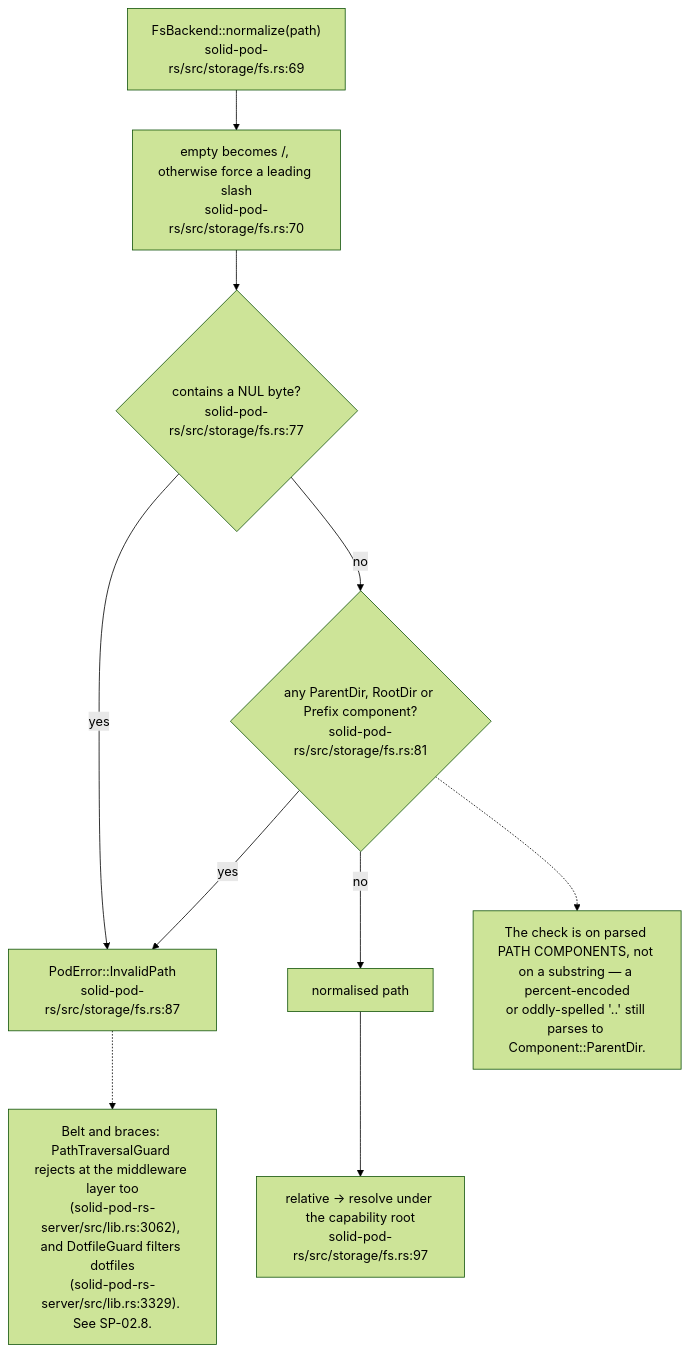
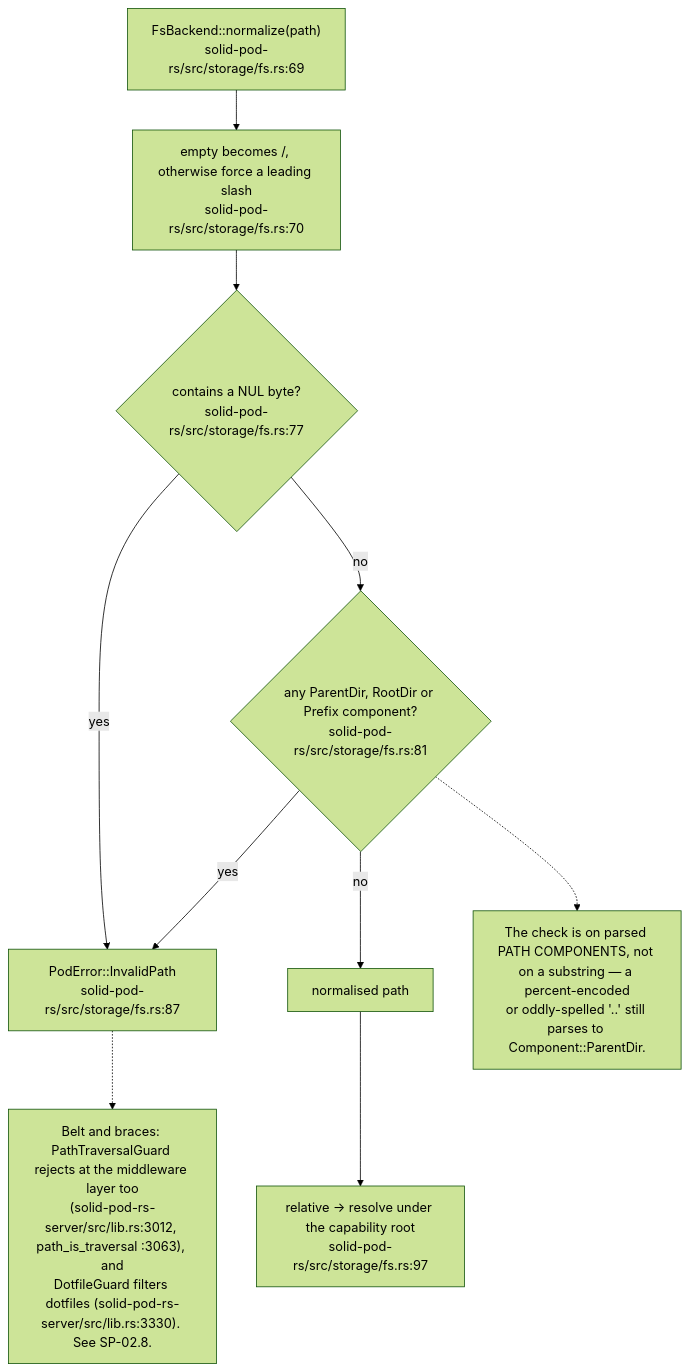
One commit to DreamLab-AI/VisionFlow changed the second of 11 diagrams in docs/diagrams/solid-pod-rs/06-storage-quota-and-git-pods.md. Above: the diagram before and after it, drawn with Mermaid (forest theme). The commit also changed other lines of this file and 111 other files, not shown here.

Commit message:
docs(diagrams): align estate maps with current source

````diff
--- a/docs/diagrams/solid-pod-rs/06-storage-quota-and-git-pods.md
+++ b/docs/diagrams/solid-pod-rs/06-storage-quota-and-git-pods.md
@@ -61,21 +61,21 @@
 ```mermaid
 flowchart TD
     IN["FsBackend::normalize(path)<br/>solid-pod-rs/src/storage/fs.rs:69"]
     LEAD["empty becomes /, otherwise force a leading slash<br/>solid-pod-rs/src/storage/fs.rs:70"]
     NUL{"contains a NUL byte?<br/>solid-pod-rs/src/storage/fs.rs:77"}
     COMP{"any ParentDir, RootDir or Prefix component?<br/>solid-pod-rs/src/storage/fs.rs:81"}
     ERR["PodError::InvalidPath<br/>solid-pod-rs/src/storage/fs.rs:87"]
     OK["normalised path"]
     REL["relative -> resolve under the capability root<br/>solid-pod-rs/src/storage/fs.rs:97"]
 
     IN --> LEAD --> NUL
     NUL -- yes --> ERR
     NUL -- no --> COMP
     COMP -- yes --> ERR
     COMP -- no --> OK --> REL
 
     N["The check is on parsed PATH COMPONENTS, not on a substring — a percent-encoded<br/>or oddly-spelled '..' still parses to Component::ParentDir."]
     COMP -.-> N
-    N2["Belt and braces: PathTraversalGuard rejects at the middleware layer too<br/>(solid-pod-rs-server/src/lib.rs:3062), and DotfileGuard filters dotfiles<br/>(solid-pod-rs-server/src/lib.rs:3329). See SP-02.8."]
+    N2["Belt and braces: PathTraversalGuard rejects at the middleware layer too<br/>(solid-pod-rs-server/src/lib.rs:3012, path_is_traversal :3063), and<br/>DotfileGuard filters dotfiles (solid-pod-rs-server/src/lib.rs:3330). See SP-02.8."]
     ERR -.-> N2
 ```
````
